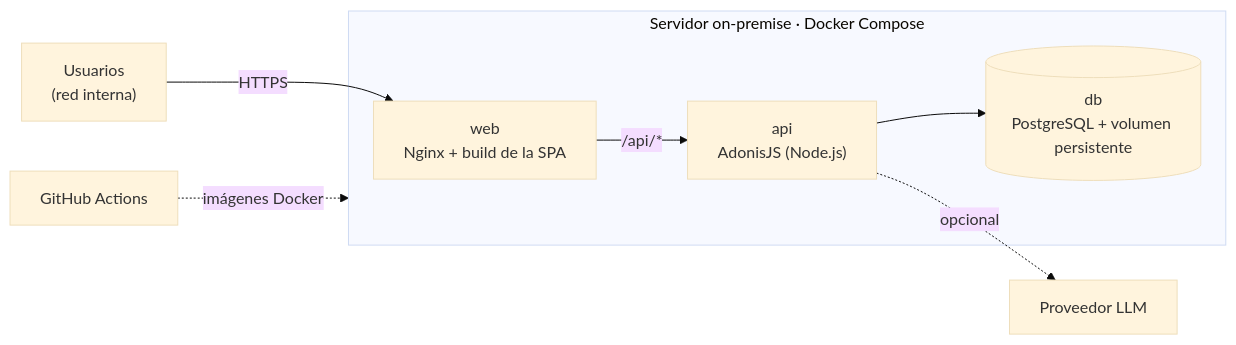
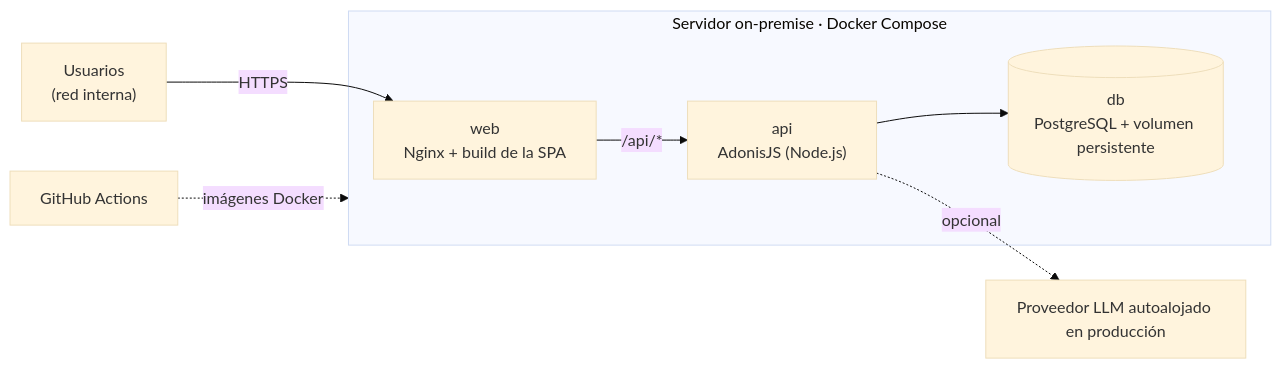
Before and after one commit to pedrolaralara/AI4Devs-finalproject: diagram 11 of 11 in ARQUITECTURA.md, drawn with Mermaid (base theme). The commit also changed other lines of this file and 5 other files, not shown here.

````diff
--- a/ARQUITECTURA.md
+++ b/ARQUITECTURA.md
@@ -415,13 +416,13 @@
 ```mermaid
 flowchart LR
     User["Usuarios<br/>(red interna)"] -- HTTPS --> Nginx
     subgraph Host["Servidor on-premise · Docker Compose"]
         Nginx["web<br/>Nginx + build de la SPA"]
         Api["api<br/>AdonisJS (Node.js)"]
         Pg[("db<br/>PostgreSQL + volumen persistente")]
         Nginx -- "/api/*" --> Api
         Api --> Pg
     end
-    Api -. "opcional" .-> LLM["Proveedor LLM"]
+    Api -. "opcional" .-> LLM["Proveedor LLM autoalojado en producción"]
     CI["GitHub Actions"] -. "imágenes Docker" .-> Host
 ```
````
